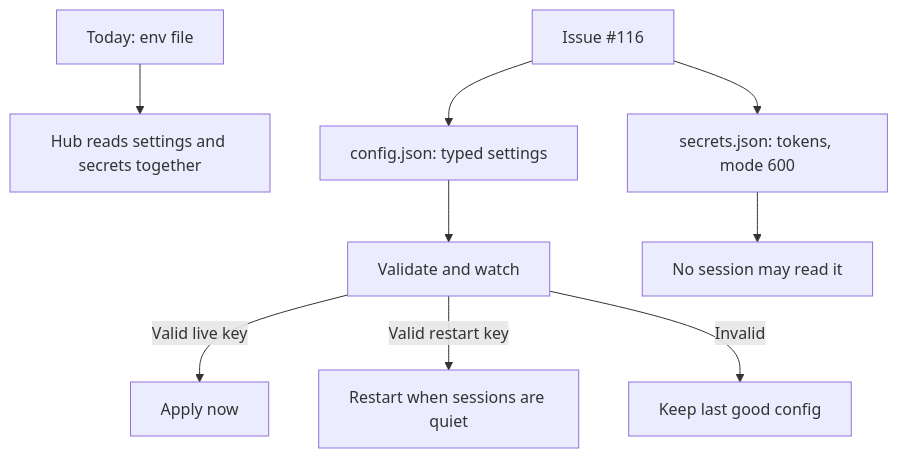
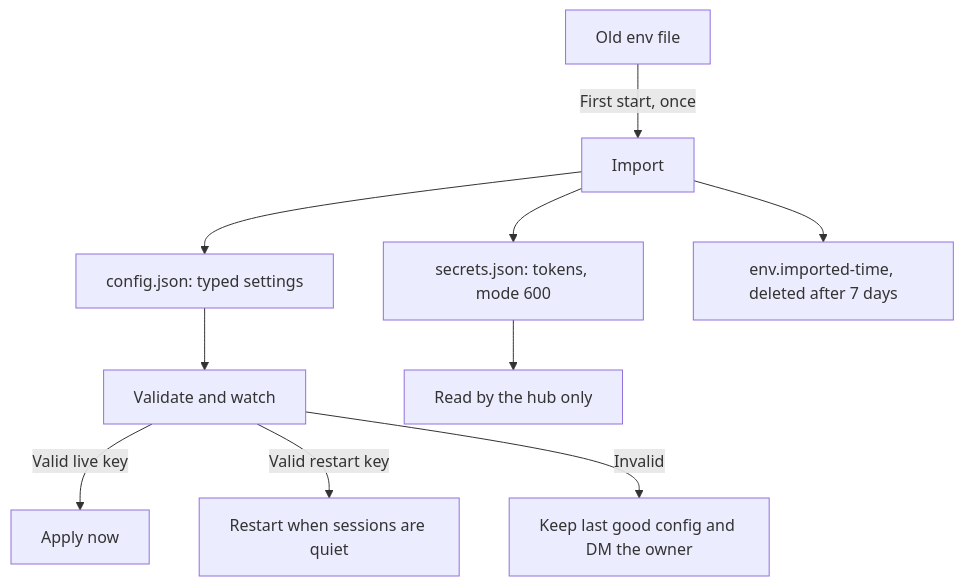
One commit to aloki-alok/kage changed the diagram in docs/concepts/settings-and-tokens.md. Above: the diagram before and after it, drawn with Mermaid. The commit also changed other lines of this file and 3 other files, not shown here.

Commit message:
Concept pages match what merged today: settings and tokens after #116, soak by run, cards with no request code

````diff
--- a/docs/concepts/settings-and-tokens.md
+++ b/docs/concepts/settings-and-tokens.md
@@ -1,11 +1,12 @@
 ```mermaid
 flowchart TD
-    Current[Today: env file] --> Hub[Hub reads settings and secrets together]
-    Issue[Issue #116] --> Config[config.json: typed settings]
-    Issue --> Secrets[secrets.json: tokens, mode 600]
+    Old[Old env file] -->|First start, once| Import[Import]
+    Import --> Config[config.json: typed settings]
+    Import --> Secrets[secrets.json: tokens, mode 600]
+    Import --> Kept[env.imported-time, deleted after 7 days]
     Config --> Watch[Validate and watch]
     Watch -->|Valid live key| Apply[Apply now]
     Watch -->|Valid restart key| Restart[Restart when sessions are quiet]
-    Watch -->|Invalid| Keep[Keep last good config]
-    Secrets --> Guard[No session may read it]
+    Watch -->|Invalid| Keep[Keep last good config and DM the owner]
+    Secrets --> Hub[Read by the hub only]
 ```
````
